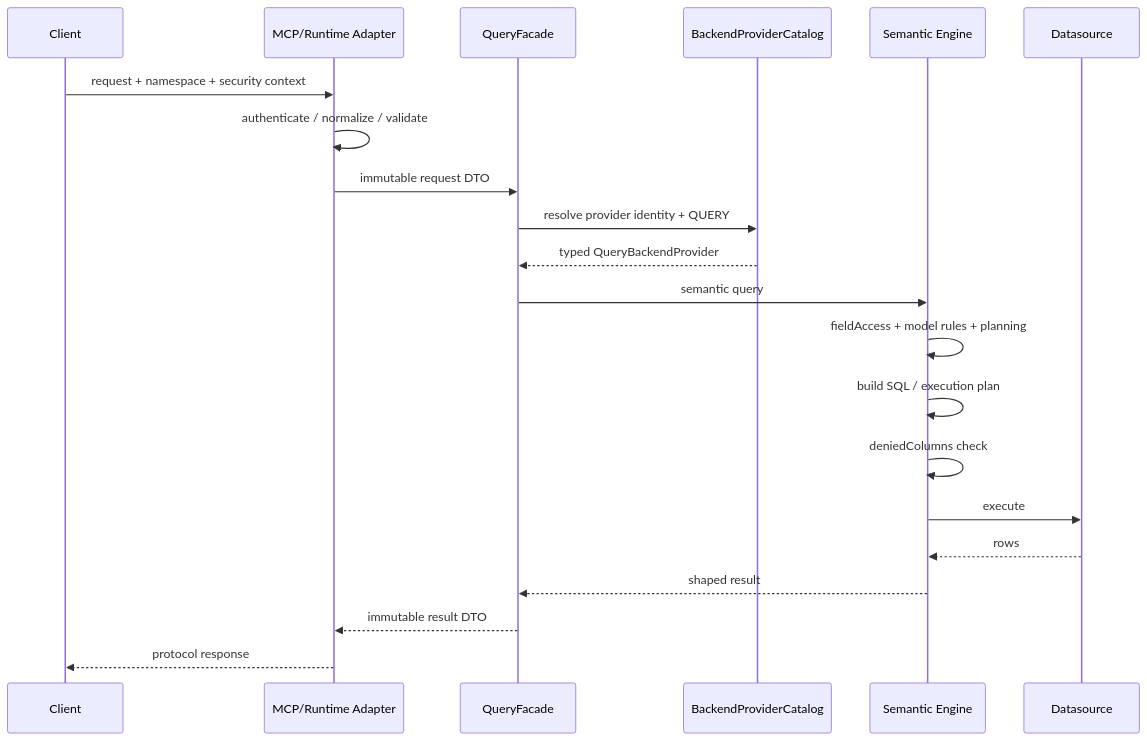
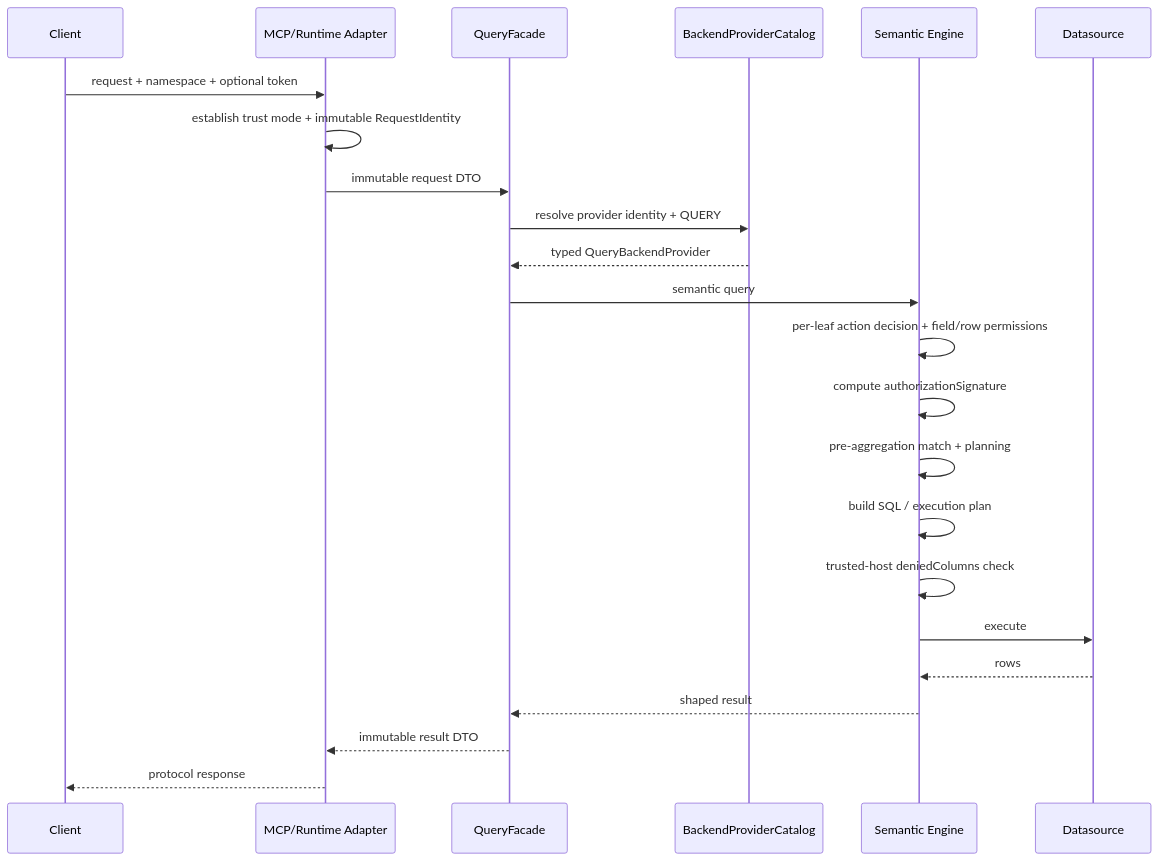
The diagram in docs/architecture/system-overview.md (foggy-projects/foggy-data-mcp-bridge), drawn with Mermaid before and after one commit. The commit also changed other lines of this file and 5 other files, not shown here.

````diff
--- a/docs/architecture/system-overview.md
+++ b/docs/architecture/system-overview.md
@@ -92,24 +105,26 @@
 ```mermaid
 sequenceDiagram
     participant C as Client
     participant A as MCP/Runtime Adapter
     participant Q as QueryFacade
     participant P as BackendProviderCatalog
     participant E as Semantic Engine
     participant D as Datasource
 
-    C->>A: request + namespace + security context
-    A->>A: authenticate / normalize / validate
+    C->>A: request + namespace + optional token
+    A->>A: establish trust mode + immutable RequestIdentity
     A->>Q: immutable request DTO
     Q->>P: resolve provider identity + QUERY
     P-->>Q: typed QueryBackendProvider
     Q->>E: semantic query
-    E->>E: fieldAccess + model rules + planning
+    E->>E: per-leaf action decision + field/row permissions
+    E->>E: compute authorizationSignature
+    E->>E: pre-aggregation match + planning
     E->>E: build SQL / execution plan
-    E->>E: deniedColumns check
+    E->>E: trusted-host deniedColumns check
     E->>D: execute
     D-->>E: rows
     E-->>Q: shaped result
     Q-->>A: immutable result DTO
     A-->>C: protocol response
 ```
````
